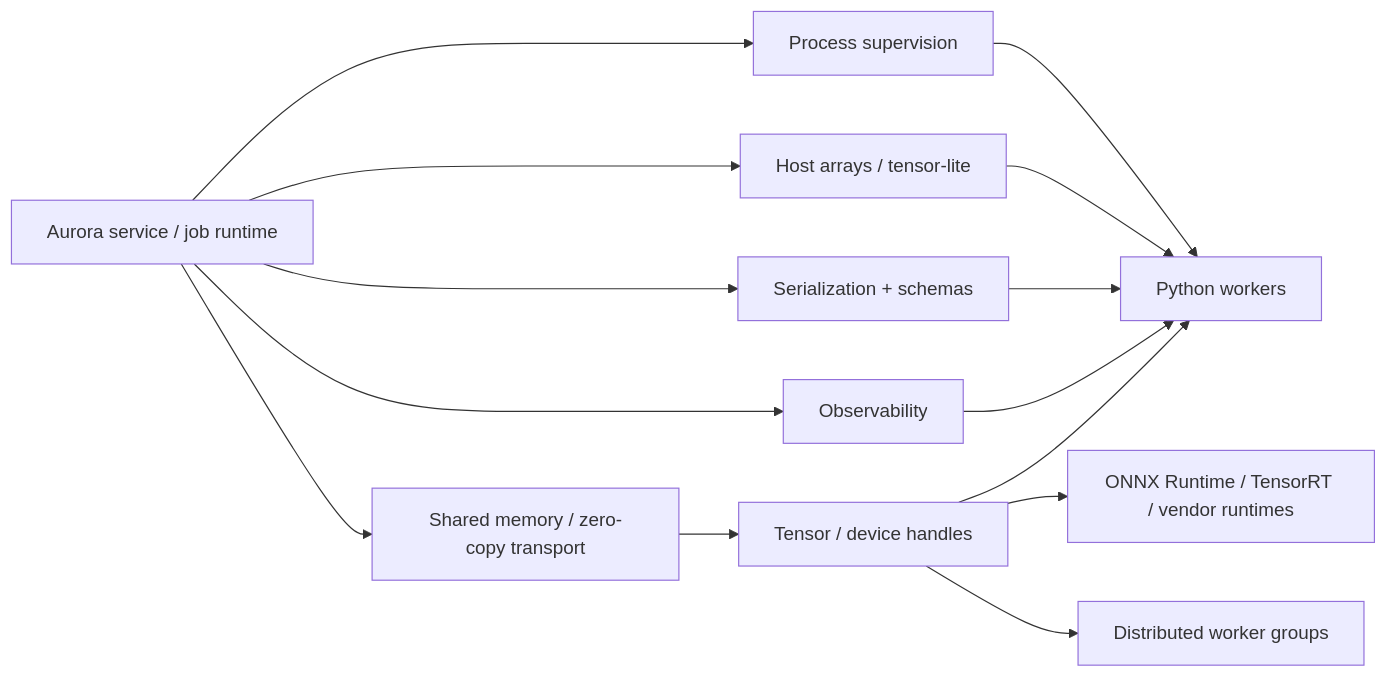
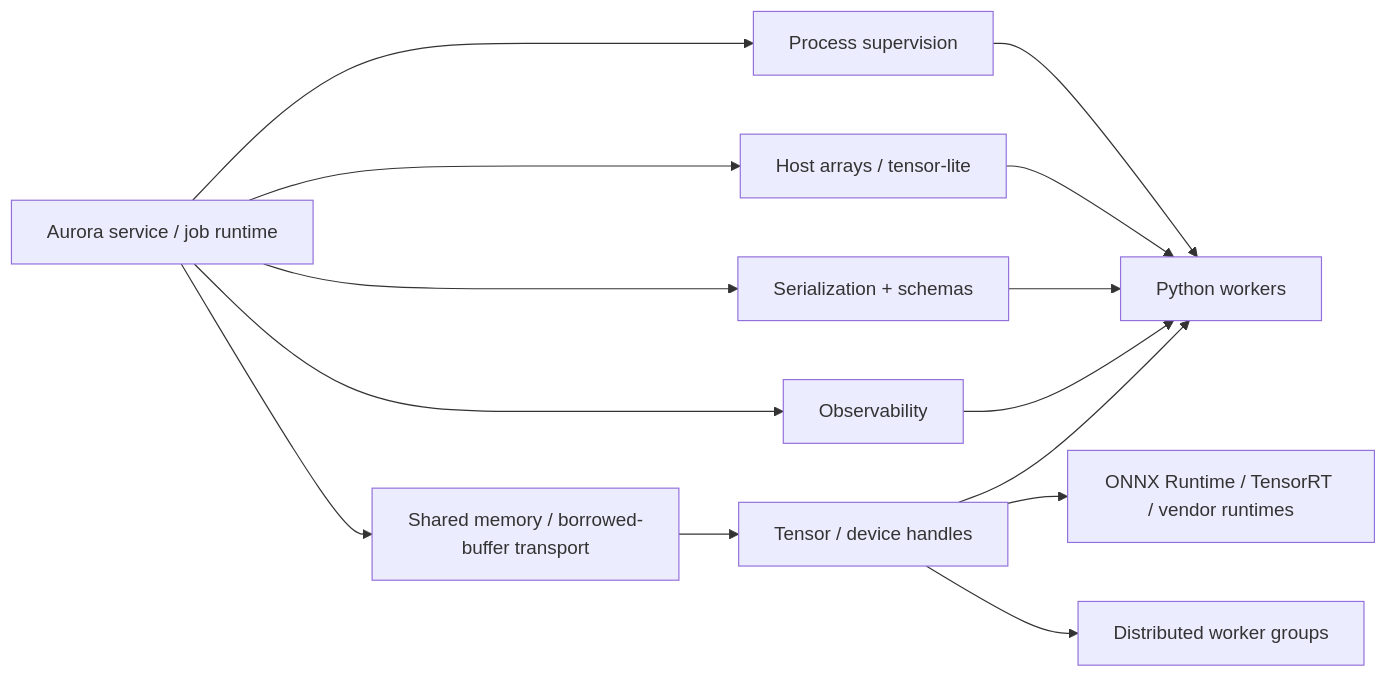
The diagram in docs/ml_systems_support_plan.md (johnolafenwa/Aura), drawn with Mermaid before and after one commit. The commit also changed other lines of this file and 43 other files, not shown here.

````diff
--- a/docs/ml_systems_support_plan.md
+++ b/docs/ml_systems_support_plan.md
@@ -94,16 +94,16 @@
 ```mermaid
 flowchart LR
     A["Aurora service / job runtime"] --> B["Process supervision"]
     A --> C["Host arrays / tensor-lite"]
     A --> D["Serialization + schemas"]
     A --> E["Observability"]
-    A --> F["Shared memory / zero-copy transport"]
+    A --> F["Shared memory / borrowed-buffer transport"]
     F --> G["Tensor / device handles"]
     B --> H["Python workers"]
     C --> H
     D --> H
     E --> H
     G --> H
     G --> I["ONNX Runtime / TensorRT / vendor runtimes"]
     G --> J["Distributed worker groups"]
 ```
````
